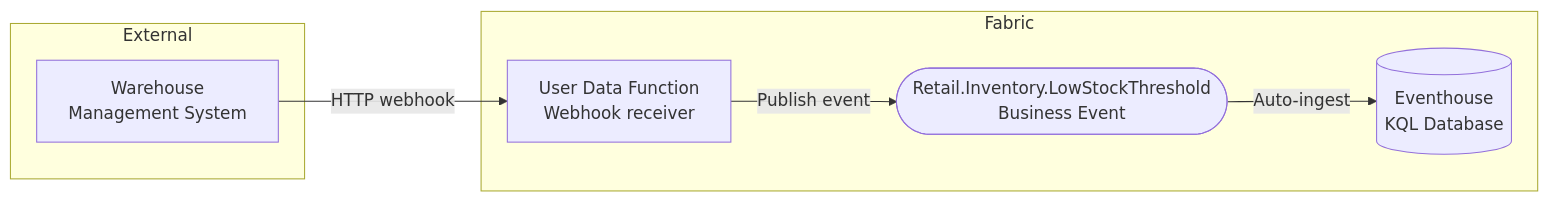
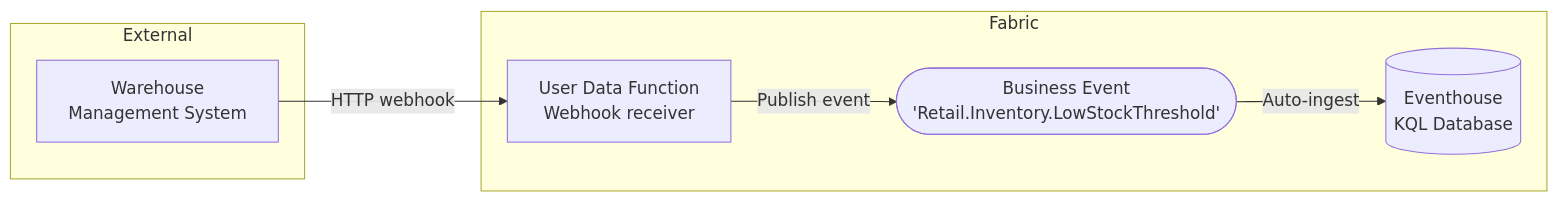
Before and after one commit to microsoft/fabric-events: the first of 2 diagrams in docs/business-events/scenarios/scenario-02-low-stock-threshold/README.md, drawn with Mermaid. The commit also changed other lines of this file and 9 other files, not shown here.

First line of the commit message:
Standardize Business Event diagram nodes across all articles

````diff
--- a/docs/business-events/scenarios/scenario-02-low-stock-threshold/README.md
+++ b/docs/business-events/scenarios/scenario-02-low-stock-threshold/README.md
@@ -19,16 +19,16 @@
 ```mermaid
 flowchart LR
     subgraph External
         WMS[Warehouse\nManagement System]
     end
 
     subgraph Fabric
         UDF[User Data Function\nWebhook receiver]
-        BE([Retail.Inventory.LowStockThreshold\nBusiness Event])
+        BE([Business Event\n'Retail.Inventory.LowStockThreshold'])
         EH[(Eventhouse\nKQL Database)]
     end
 
     WMS -->|HTTP webhook| UDF
     UDF -->|Publish event| BE
     BE -->|Auto-ingest| EH
 ```
````
